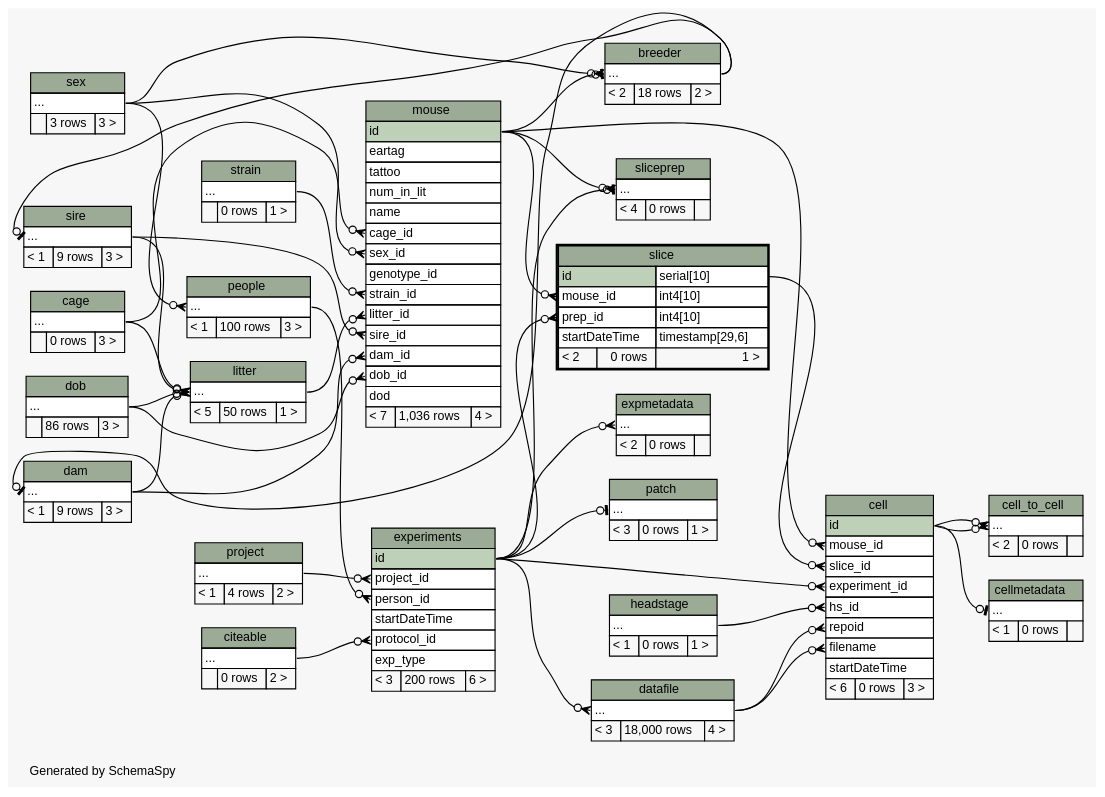
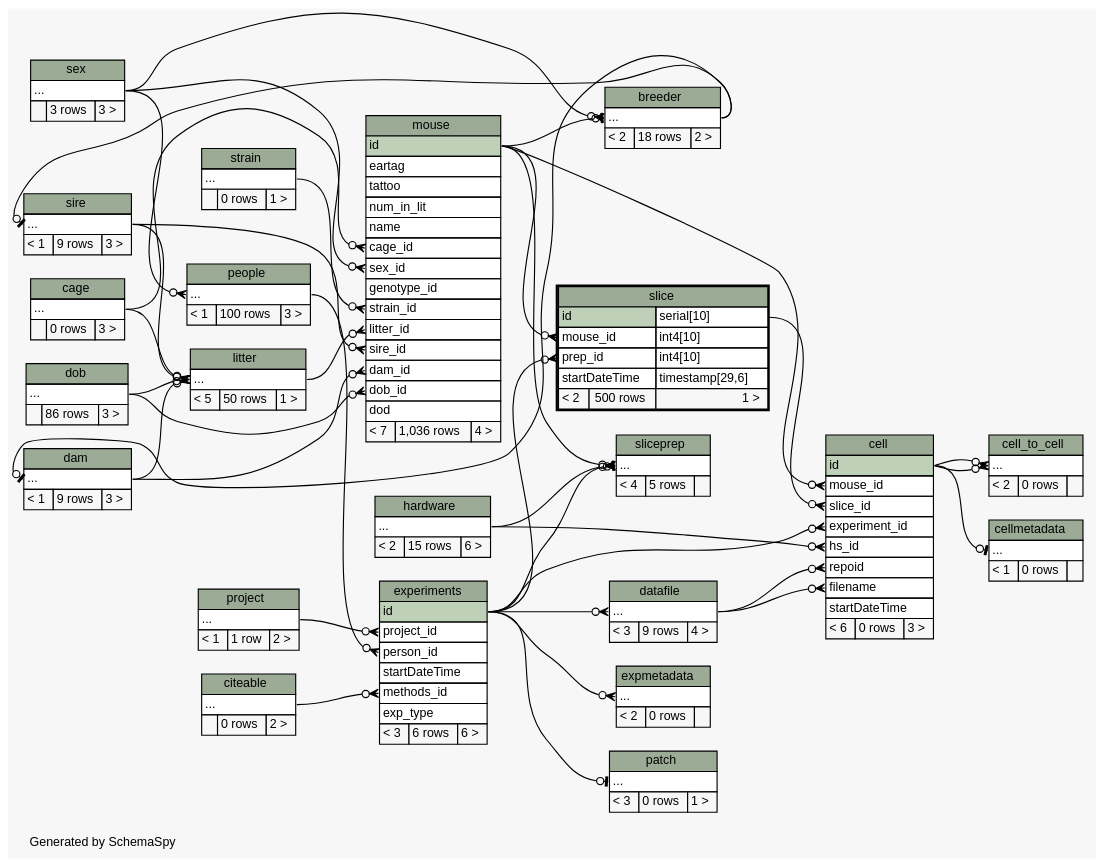
One commit to tgbugs/mlab changed the diagram in database/ss/diagrams/slice.2degrees.dot. Above: the diagram before and after it, drawn with Graphviz. The commit also changed 204 other files, not shown here.

Commit message:
got the hardware working as a tree, removed explicit amp and headstage classes, updated schemaspy

```diff
--- a/database/ss/diagrams/slice.2degrees.dot
+++ b/database/ss/diagrams/slice.2degrees.dot
@@ -23,7 +23,7 @@
   "breeder":"elipses":w -> "sex":"elipses":e [arrowhead=none dir=back arrowtail=crowodot];
   "cell":"experiment_id":w -> "experiments":"id":e [arrowhead=none dir=back arrowtail=crowodot];
   "cell":"filename":w -> "datafile":"elipses":e [arrowhead=none dir=back arrowtail=crowodot];
-  "cell":"hs_id":w -> "headstage":"elipses":e [arrowhead=none dir=back arrowtail=crowodot];
+  "cell":"hs_id":w -> "hardware":"elipses":e [arrowhead=none dir=back arrowtail=crowodot];
   "cell":"mouse_id":w -> "mouse":"id":e [arrowhead=none dir=back arrowtail=crowodot];
   "cell":"repoid":w -> "datafile":"elipses":e [arrowhead=none dir=back arrowtail=crowodot];
   "cell":"slice_id":w -> "slice":"id.type":e [arrowhead=none dir=back arrowtail=crowodot];
@@ -32,9 +32,9 @@
   "cellmetadata":"elipses":w -> "cell":"id":e [arrowhead=none dir=back arrowtail=teeodot];
   "dam":"elipses":w -> "breeder":"elipses":e [arrowhead=none dir=back arrowtail=teeodot];
   "datafile":"elipses":w -> "experiments":"id":e [arrowhead=none dir=back arrowtail=crowodot];
+  "experiments":"methods_id":w -> "citeable":"elipses":e [arrowhead=none dir=back arrowtail=crowodot];
   "experiments":"person_id":w -> "people":"elipses":e [arrowhead=none dir=back arrowtail=crowodot];
   "experiments":"project_id":w -> "project":"elipses":e [arrowhead=none dir=back arrowtail=crowodot];
-  "experiments":"protocol_id":w -> "citeable":"elipses":e [arrowhead=none dir=back arrowtail=crowodot];
   "expmetadata":"elipses":w -> "experiments":"id":e [arrowhead=none dir=back arrowtail=crowodot];
   "litter":"elipses":w -> "cage":"elipses":e [arrowhead=none dir=back arrowtail=crowodot];
   "litter":"elipses":w -> "dam":"elipses":e [arrowhead=none dir=back arrowtail=crowodot];
@@ -52,6 +52,7 @@
   "sire":"elipses":w -> "breeder":"elipses":e [arrowhead=none dir=back arrowtail=teeodot];
   "slice":"mouse_id":w -> "mouse":"id":e [arrowhead=none dir=back arrowtail=crowodot];
   "slice":"prep_id":w -> "experiments":"id":e [arrowhead=none dir=back arrowtail=crowodot];
+  "sliceprep":"elipses":w -> "hardware":"elipses":e [arrowhead=none dir=back arrowtail=crowodot];
   "sliceprep":"elipses":w -> "experiments":"id":e [arrowhead=none dir=back arrowtail=teeodot];
   "sliceprep":"elipses":w -> "mouse":"id":e [arrowhead=none dir=back arrowtail=crowodot];
   "breeder" [
@@ -136,7 +137,7 @@
     <TABLE BORDER="0" CELLBORDER="1" CELLSPACING="0" BGCOLOR="#ffffff">
       <TR><TD COLSPAN="3" BGCOLOR="#9bab96" ALIGN="CENTER">datafile</TD></TR>
       <TR><TD PORT="elipses" COLSPAN="3" ALIGN="LEFT">...</TD></TR>
-      <TR><TD ALIGN="LEFT" BGCOLOR="#f7f7f7">&lt; 3</TD><TD ALIGN="RIGHT" BGCOLOR="#f7f7f7">18,000 rows</TD><TD ALIGN="RIGHT" BGCOLOR="#f7f7f7">4 &gt;</TD></TR>
+      <TR><TD ALIGN="LEFT" BGCOLOR="#f7f7f7">&lt; 3</TD><TD ALIGN="RIGHT" BGCOLOR="#f7f7f7">9 rows</TD><TD ALIGN="RIGHT" BGCOLOR="#f7f7f7">4 &gt;</TD></TR>
     </TABLE>>
     URL="datafile.html"
     tooltip="datafile"
@@ -159,9 +160,9 @@
       <TR><TD PORT="project_id" COLSPAN="3" ALIGN="LEFT">project_id</TD></TR>
       <TR><TD PORT="person_id" COLSPAN="3" ALIGN="LEFT">person_id</TD></TR>
       <TR><TD PORT="startDateTime" COLSPAN="3" ALIGN="LEFT">startDateTime</TD></TR>
-      <TR><TD PORT="protocol_id" COLSPAN="3" ALIGN="LEFT">protocol_id</TD></TR>
+      <TR><TD PORT="methods_id" COLSPAN="3" ALIGN="LEFT">methods_id</TD></TR>
       <TR><TD PORT="exp_type" COLSPAN="3" ALIGN="LEFT">exp_type</TD></TR>
-      <TR><TD ALIGN="LEFT" BGCOLOR="#f7f7f7">&lt; 3</TD><TD ALIGN="RIGHT" BGCOLOR="#f7f7f7">200 rows</TD><TD ALIGN="RIGHT" BGCOLOR="#f7f7f7">6 &gt;</TD></TR>
+      <TR><TD ALIGN="LEFT" BGCOLOR="#f7f7f7">&lt; 3</TD><TD ALIGN="RIGHT" BGCOLOR="#f7f7f7">6 rows</TD><TD ALIGN="RIGHT" BGCOLOR="#f7f7f7">6 &gt;</TD></TR>
     </TABLE>>
     URL="experiments.html"
     tooltip="experiments"
@@ -176,15 +177,15 @@
     URL="expmetadata.html"
     tooltip="expmetadata"
   ];
-  "headstage" [
+  "hardware" [
     label=<
     <TABLE BORDER="0" CELLBORDER="1" CELLSPACING="0" BGCOLOR="#ffffff">
-      <TR><TD COLSPAN="3" BGCOLOR="#9bab96" ALIGN="CENTER">headstage</TD></TR>
+      <TR><TD COLSPAN="3" BGCOLOR="#9bab96" ALIGN="CENTER">hardware</TD></TR>
       <TR><TD PORT="elipses" COLSPAN="3" ALIGN="LEFT">...</TD></TR>
-      <TR><TD ALIGN="LEFT" BGCOLOR="#f7f7f7">&lt; 1</TD><TD ALIGN="RIGHT" BGCOLOR="#f7f7f7">0 rows</TD><TD ALIGN="RIGHT" BGCOLOR="#f7f7f7">1 &gt;</TD></TR>
+      <TR><TD ALIGN="LEFT" BGCOLOR="#f7f7f7">&lt; 2</TD><TD ALIGN="RIGHT" BGCOLOR="#f7f7f7">15 rows</TD><TD ALIGN="RIGHT" BGCOLOR="#f7f7f7">6 &gt;</TD></TR>
     </TABLE>>
-    URL="headstage.html"
-    tooltip="headstage"
+    URL="hardware.html"
+    tooltip="hardware"
   ];
   "litter" [
     label=<
@@ -244,7 +245,7 @@
     <TABLE BORDER="0" CELLBORDER="1" CELLSPACING="0" BGCOLOR="#ffffff">
       <TR><TD COLSPAN="3" BGCOLOR="#9bab96" ALIGN="CENTER">project</TD></TR>
       <TR><TD PORT="elipses" COLSPAN="3" ALIGN="LEFT">...</TD></TR>
-      <TR><TD ALIGN="LEFT" BGCOLOR="#f7f7f7">&lt; 1</TD><TD ALIGN="RIGHT" BGCOLOR="#f7f7f7">4 rows</TD><TD ALIGN="RIGHT" BGCOLOR="#f7f7f7">2 &gt;</TD></TR>
+      <TR><TD ALIGN="LEFT" BGCOLOR="#f7f7f7">&lt; 1</TD><TD ALIGN="RIGHT" BGCOLOR="#f7f7f7">1 row</TD><TD ALIGN="RIGHT" BGCOLOR="#f7f7f7">2 &gt;</TD></TR>
     </TABLE>>
     URL="project.html"
     tooltip="project"
@@ -277,7 +278,7 @@
       <TR><TD PORT="mouse_id" COLSPAN="2" ALIGN="LEFT">mouse_id</TD><TD PORT="mouse_id.type" ALIGN="LEFT">int4[10]</TD></TR>
       <TR><TD PORT="prep_id" COLSPAN="2" ALIGN="LEFT">prep_id</TD><TD PORT="prep_id.type" ALIGN="LEFT">int4[10]</TD></TR>
       <TR><TD PORT="startDateTime" COLSPAN="2" ALIGN="LEFT">startDateTime</TD><TD PORT="startDateTime.type" ALIGN="LEFT">timestamp[29,6]</TD></TR>
-      <TR><TD ALIGN="LEFT" BGCOLOR="#f7f7f7">&lt; 2</TD><TD ALIGN="RIGHT" BGCOLOR="#f7f7f7">0 rows</TD><TD ALIGN="RIGHT" BGCOLOR="#f7f7f7">1 &gt;</TD></TR>
+      <TR><TD ALIGN="LEFT" BGCOLOR="#f7f7f7">&lt; 2</TD><TD ALIGN="RIGHT" BGCOLOR="#f7f7f7">500 rows</TD><TD ALIGN="RIGHT" BGCOLOR="#f7f7f7">1 &gt;</TD></TR>
     </TABLE>>
     URL="slice.html"
     tooltip="slice"
@@ -287,7 +288,7 @@
     <TABLE BORDER="0" CELLBORDER="1" CELLSPACING="0" BGCOLOR="#ffffff">
       <TR><TD COLSPAN="3" BGCOLOR="#9bab96" ALIGN="CENTER">sliceprep</TD></TR>
       <TR><TD PORT="elipses" COLSPAN="3" ALIGN="LEFT">...</TD></TR>
-      <TR><TD ALIGN="LEFT" BGCOLOR="#f7f7f7">&lt; 4</TD><TD ALIGN="RIGHT" BGCOLOR="#f7f7f7">0 rows</TD><TD ALIGN="RIGHT" BGCOLOR="#f7f7f7">  </TD></TR>
+      <TR><TD ALIGN="LEFT" BGCOLOR="#f7f7f7">&lt; 4</TD><TD ALIGN="RIGHT" BGCOLOR="#f7f7f7">5 rows</TD><TD ALIGN="RIGHT" BGCOLOR="#f7f7f7">  </TD></TR>
     </TABLE>>
     URL="sliceprep.html"
     tooltip="sliceprep"
```
